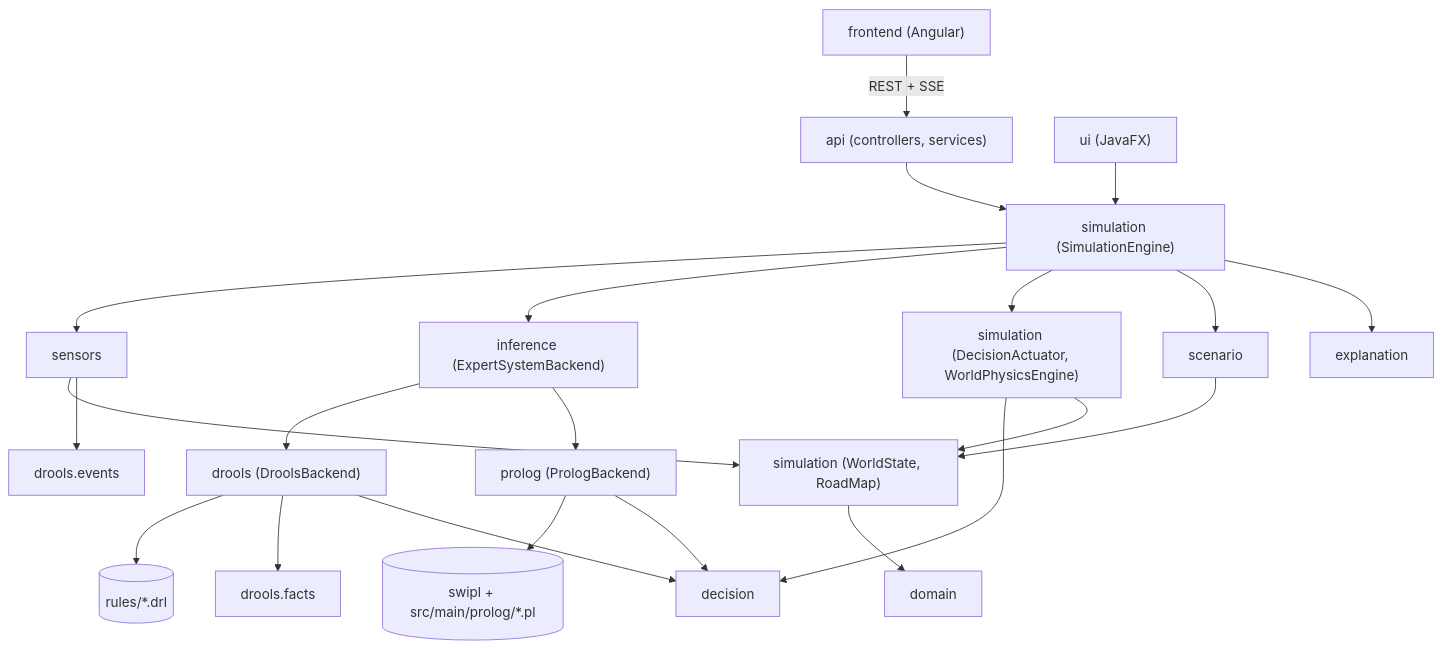
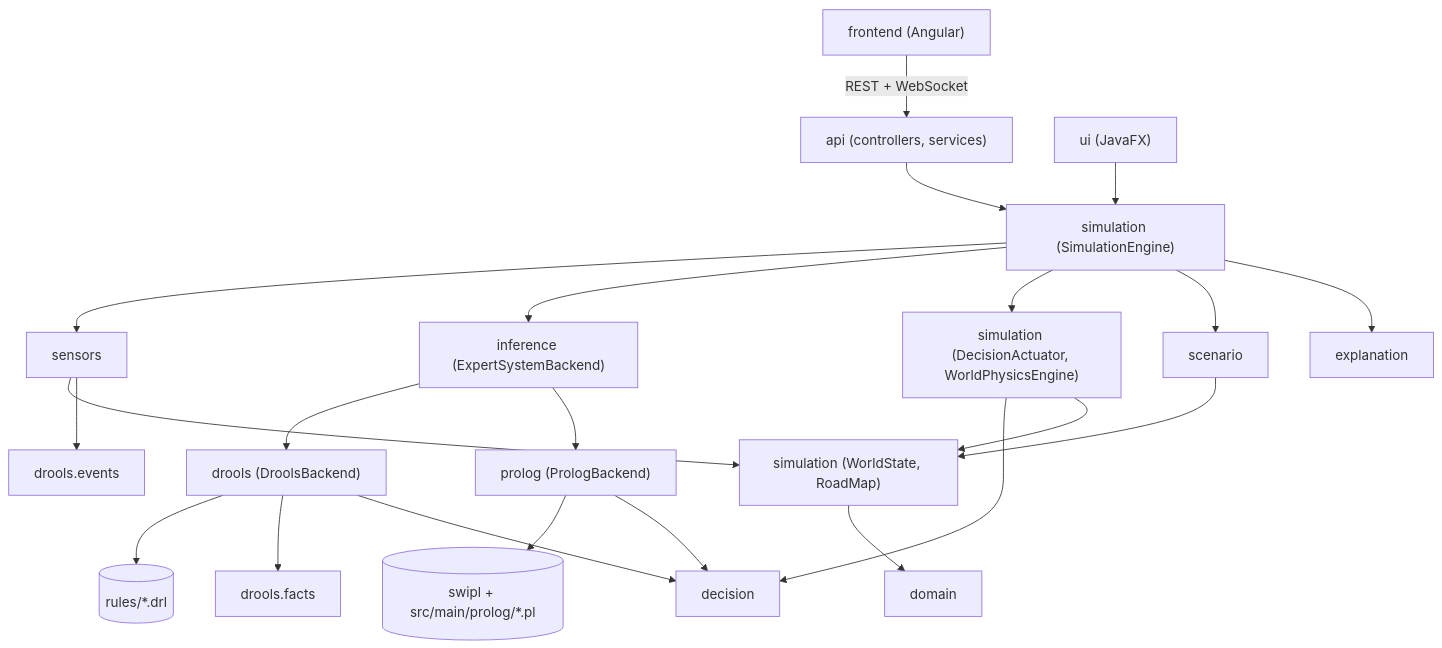
The second of 2 diagrams in docs/PROJECT_STRUCTURE.md (1-2Drive/projeto-1), drawn with Mermaid before and after one commit. The commit also changed other lines of this file and 25 other files, not shown here.

````diff
--- a/docs/PROJECT_STRUCTURE.md
+++ b/docs/PROJECT_STRUCTURE.md
@@ -277,24 +277,24 @@
 ```mermaid
 flowchart TD
-    FE["frontend (Angular)"] -->|REST + SSE| API["api (controllers, services)"]
+    FE["frontend (Angular)"] -->|REST + WebSocket| API["api (controllers, services)"]
     API --> SIM["simulation (SimulationEngine)"]
     JFX["ui (JavaFX)"] --> SIM
     SIM --> SEN["sensors"]
     SIM --> INF["inference (ExpertSystemBackend)"]
     INF --> DRL["drools (DroolsBackend)"]
     INF --> PRO["prolog (PrologBackend)"]
     PRO --> SWI[("swipl + src/main/prolog/*.pl")]
     DRL --> KB[("rules/*.drl")]
     DRL --> FACTS["drools.facts"]
     DRL --> DEC["decision"]
     PRO --> DEC
     SIM --> ACT["simulation (DecisionActuator, WorldPhysicsEngine)"]
     SIM --> SCN["scenario"]
     SEN --> WS["simulation (WorldState, RoadMap)"]
     SEN --> EVT["drools.events"]
     ACT --> DEC
     ACT --> WS
     SCN --> WS
     WS --> DOM["domain"]
     SIM --> EXP["explanation"]
 ```
````
